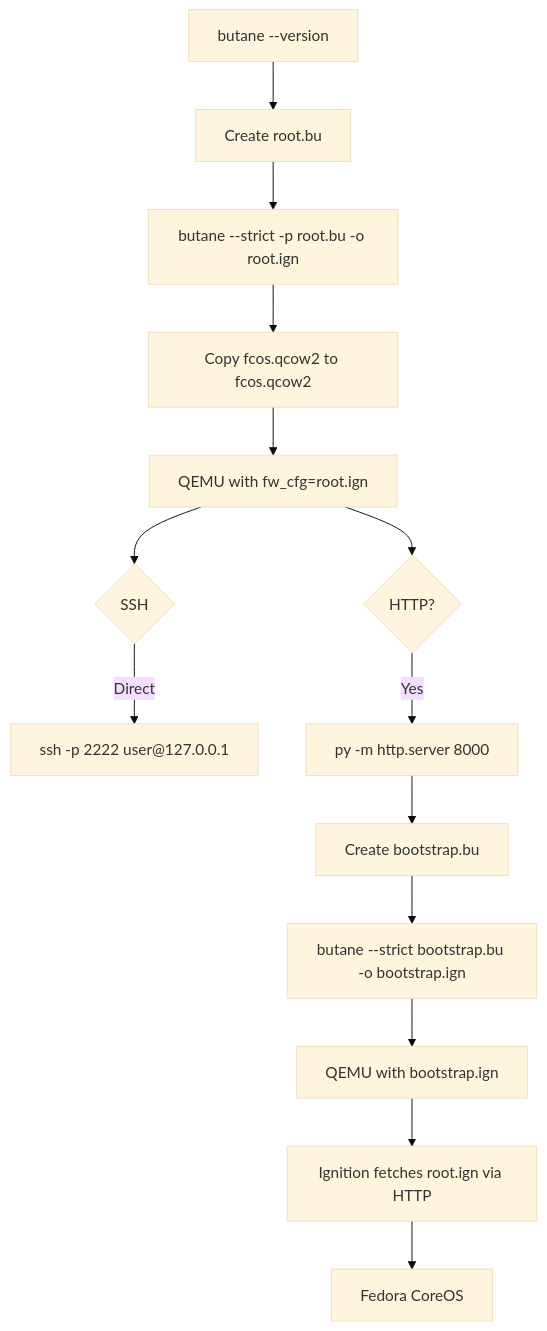
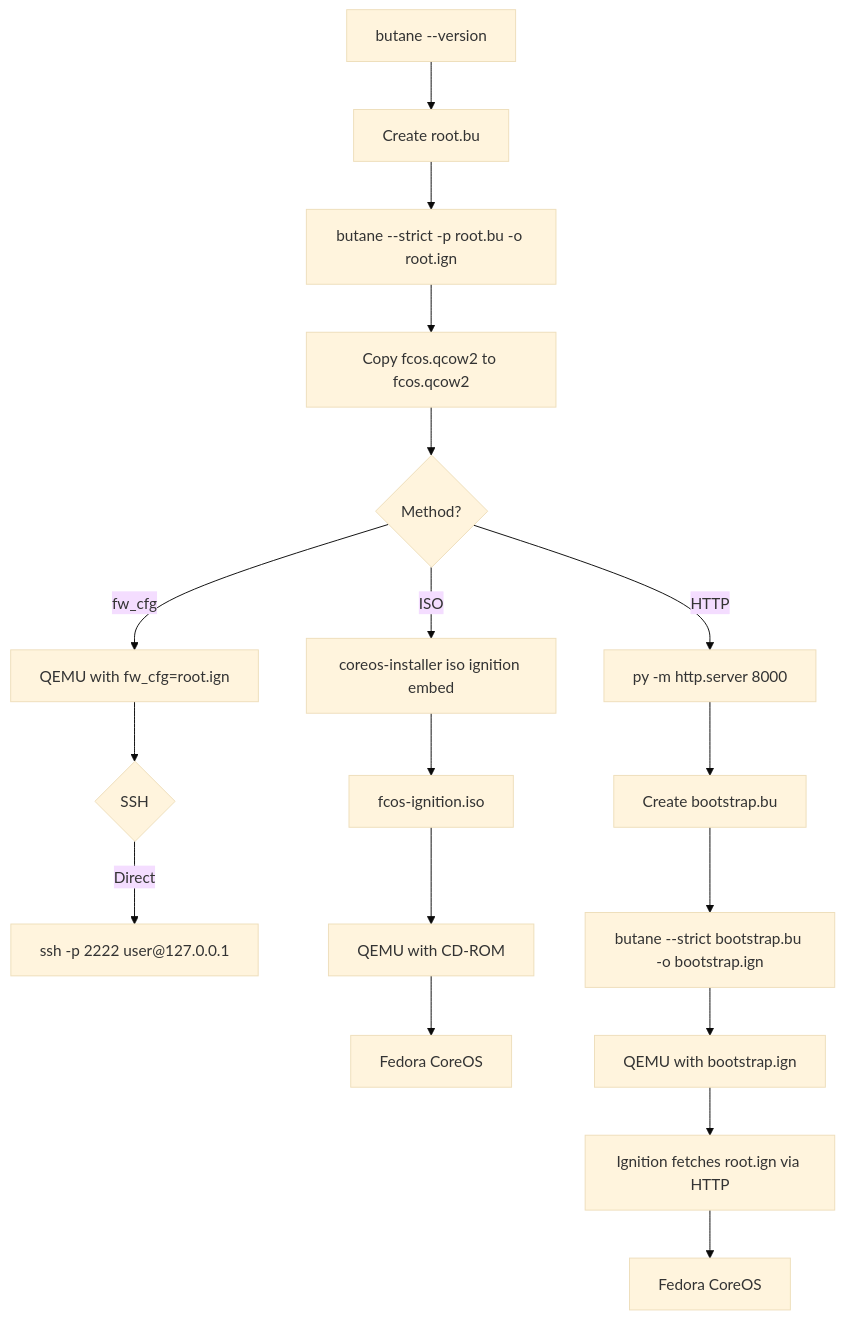
One commit to marcuwynu23/linux-initial-boot-provisioning changed the fourth of 6 diagrams in butane-coreos-ignition/README.md. Above: the diagram before and after it, drawn with Mermaid (base theme). The commit also changed other lines of this file, not shown here.

Commit message:
docs: update README with ISO ignition flow and usage instructions for coreos-installer

````diff
--- a/butane-coreos-ignition/README.md
+++ b/butane-coreos-ignition/README.md
@@ -67,16 +77,20 @@
 ```mermaid
 flowchart TD
     A["butane --version"] --> B["Create root.bu"]
     B --> C["butane --strict -p root.bu -o root.ign"]
     C --> D["Copy fcos.qcow2 to fcos.qcow2"]
-    D --> E["QEMU with fw_cfg=root.ign"]
-    E --> F{SSH}
-    F -->|Direct| G["ssh -p 2222 user@127.0.0.1"]
-    E --> H{HTTP?}
-    H -->|Yes| I["py -m http.server 8000"]
-    I --> J["Create bootstrap.bu"]
-    J --> K["butane --strict bootstrap.bu -o bootstrap.ign"]
-    K --> L["QEMU with bootstrap.ign"]
-    L --> M["Ignition fetches root.ign via HTTP"]
-    M --> N["Fedora CoreOS"]
+    D --> E{Method?}
+    E -->|fw_cfg| F["QEMU with fw_cfg=root.ign"]
+    F --> G{SSH}
+    G -->|Direct| H["ssh -p 2222 user@127.0.0.1"]
+    E -->|ISO| I["coreos-installer iso ignition embed"]
+    I --> J["fcos-ignition.iso"]
+    J --> K["QEMU with CD-ROM"]
+    K --> L["Fedora CoreOS"]
+    E -->|HTTP| M["py -m http.server 8000"]
+    M --> N["Create bootstrap.bu"]
+    N --> O["butane --strict bootstrap.bu -o bootstrap.ign"]
+    O --> P["QEMU with bootstrap.ign"]
+    P --> Q["Ignition fetches root.ign via HTTP"]
+    Q --> R["Fedora CoreOS"]
 ```
````
